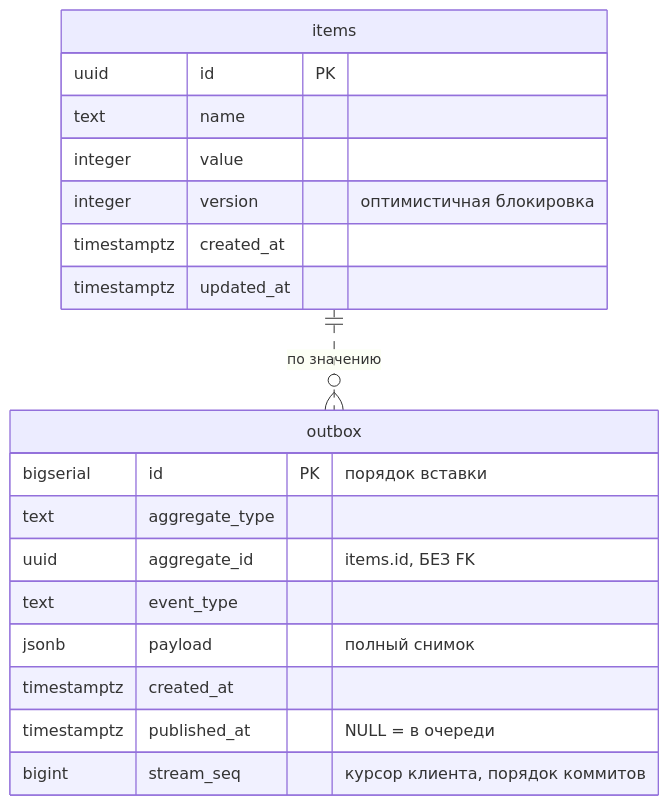
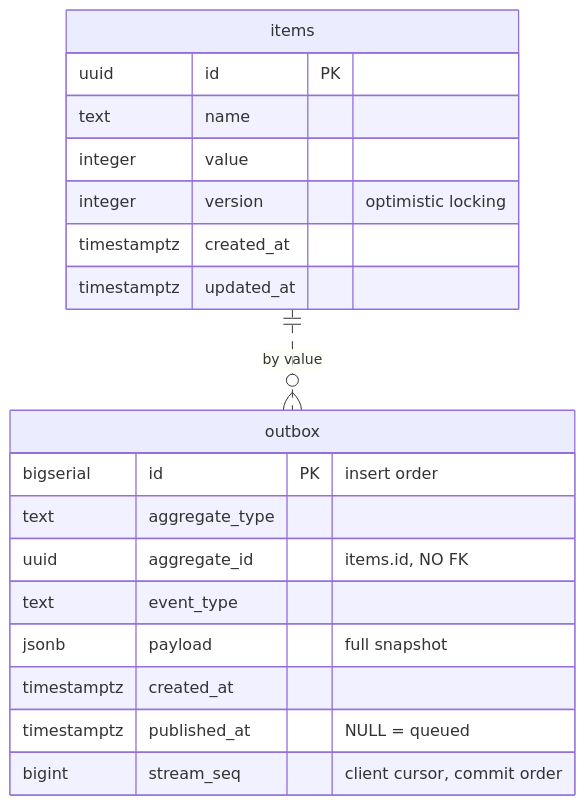
The fifth of 6 diagrams in docs/ARCHITECTURE.md (GogoLlll/Fastapi-cdc-service), drawn with Mermaid before and after one commit. The commit also changed other lines of this file and 1 other file, not shown here.

Commit message:
update readme and architecture

````diff
--- a/docs/ARCHITECTURE.md
+++ b/docs/ARCHITECTURE.md
@@ -153,22 +152,22 @@
 ```mermaid
 erDiagram
     items {
         uuid id PK
         text name
         integer value
-        integer version "оптимистичная блокировка"
+        integer version "optimistic locking"
         timestamptz created_at
         timestamptz updated_at
     }
     outbox {
-        bigserial id PK "порядок вставки"
+        bigserial id PK "insert order"
         text aggregate_type
-        uuid aggregate_id "items.id, БЕЗ FK"
+        uuid aggregate_id "items.id, NO FK"
         text event_type
-        jsonb payload "полный снимок"
+        jsonb payload "full snapshot"
         timestamptz created_at
-        timestamptz published_at "NULL = в очереди"
-        bigint stream_seq "курсор клиента, порядок коммитов"
+        timestamptz published_at "NULL = queued"
+        bigint stream_seq "client cursor, commit order"
     }
-    items ||..o{ outbox : "по значению"
+    items ||..o{ outbox : "by value"
 ```
````
